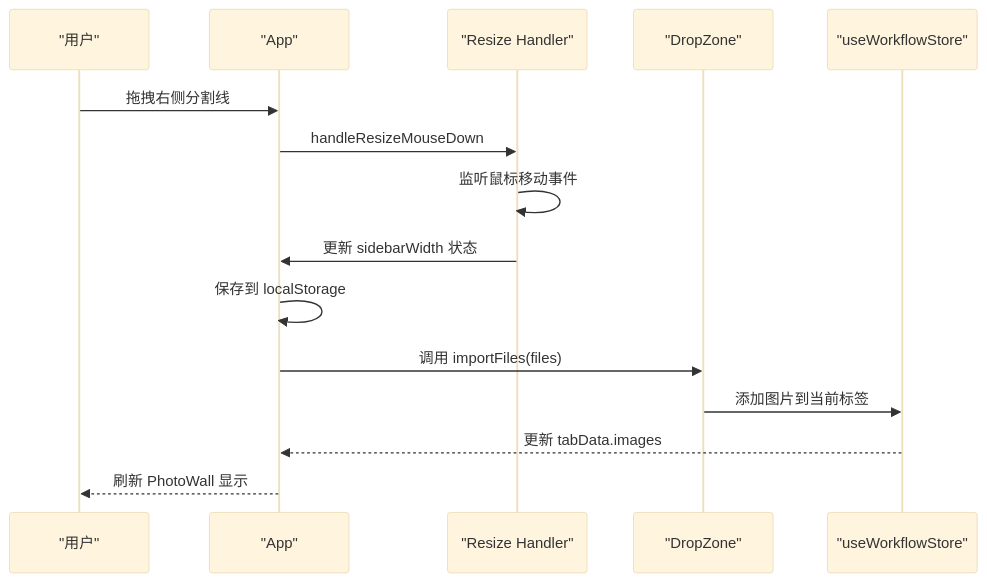
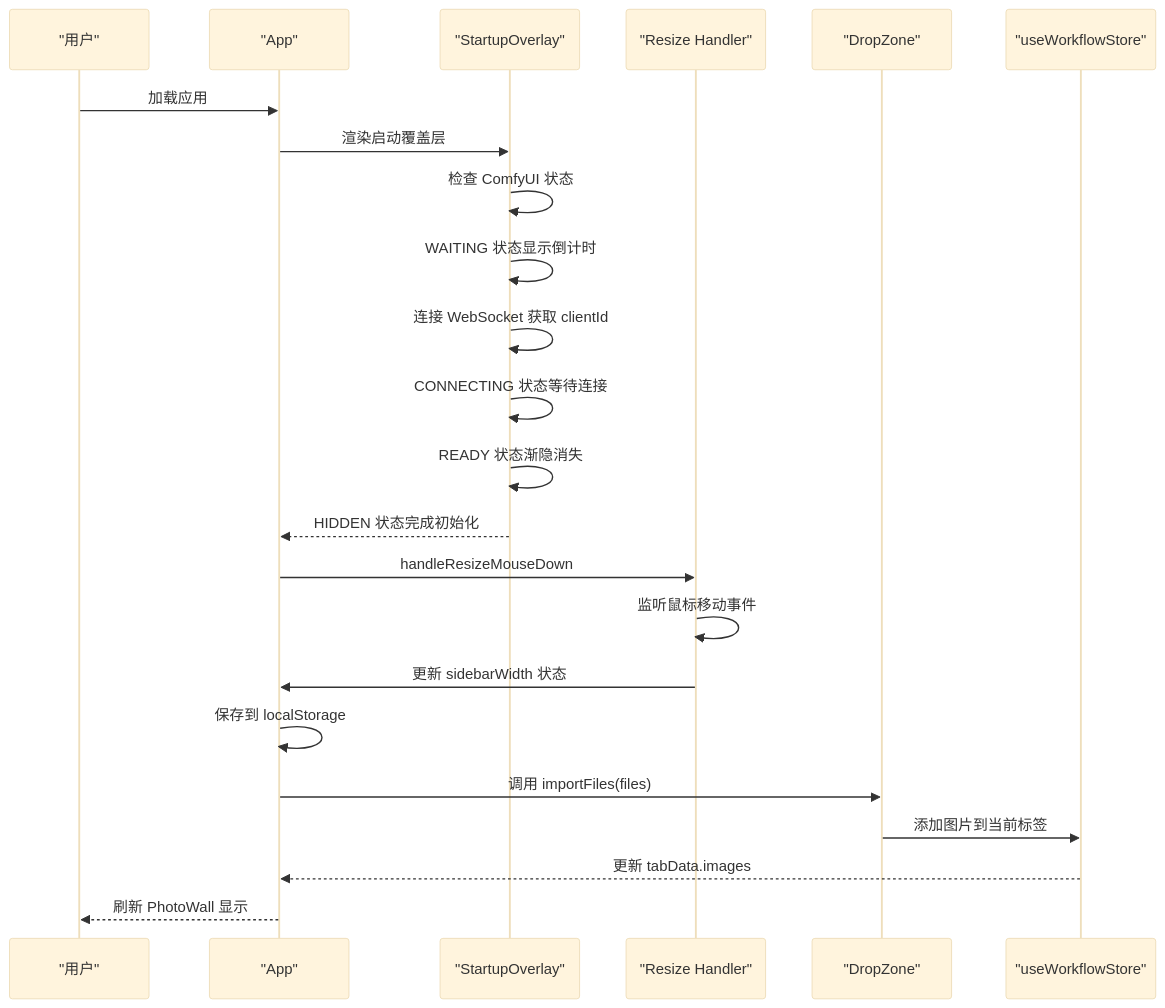
The third of 11 diagrams in .qoder/repowiki/zh/content/前端应用/React 组件体系.md (billye220670/CorineKit_Pix2Real), drawn with Mermaid (base theme) before and after one commit. The commit also changed other lines of this file and 13 other files, not shown here.

````diff
--- a/.qoder/repowiki/zh/content/前端应用/React 组件体系.md
+++ b/.qoder/repowiki/zh/content/前端应用/React 组件体系.md
@@ -226,17 +244,25 @@
 ```mermaid
 sequenceDiagram
 participant U as "用户"
 participant APP as "App"
+participant SO as "StartupOverlay"
 participant RESIZE as "Resize Handler"
 participant DZ as "DropZone"
 participant WFS as "useWorkflowStore"
-U->>APP : 拖拽右侧分割线
+U->>APP : 加载应用
+APP->>SO : 渲染启动覆盖层
+SO->>SO : 检查 ComfyUI 状态
+SO->>SO : WAITING 状态显示倒计时
+SO->>SO : 连接 WebSocket 获取 clientId
+SO->>SO : CONNECTING 状态等待连接
+SO->>SO : READY 状态渐隐消失
+SO-->>APP : HIDDEN 状态完成初始化
 APP->>RESIZE : handleResizeMouseDown
 RESIZE->>RESIZE : 监听鼠标移动事件
 RESIZE->>APP : 更新 sidebarWidth 状态
 APP->>APP : 保存到 localStorage
 APP->>DZ : 调用 importFiles(files)
 DZ->>WFS : 添加图片到当前标签
 WFS-->>APP : 更新 tabData.images
 APP-->>U : 刷新 PhotoWall 显示
 ```
````
